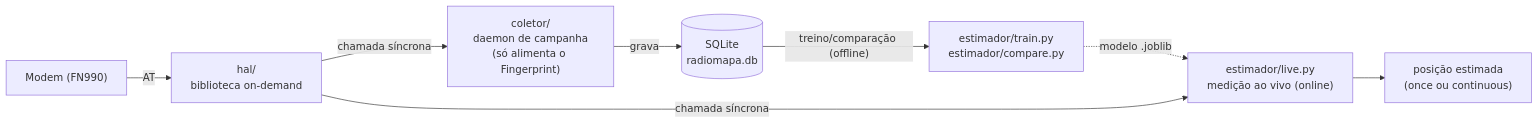
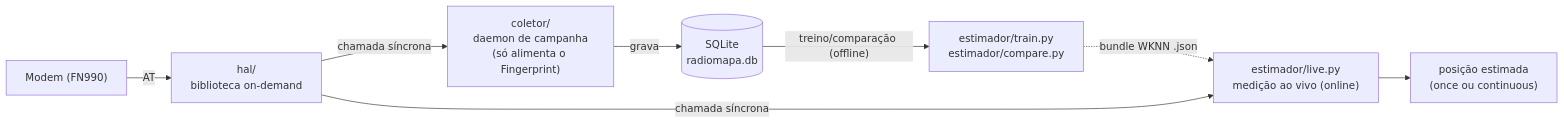
One commit to tedalmora/geoloc_estimator changed the diagram in README.md. Above: the diagram before and after it, drawn with Mermaid. The commit also changed other lines of this file and 11 other files, not shown here.

First line of the commit message:
Fase 5 (3/6): features por radio_key, plano ENU e WKNN em Python puro com bundle JSON

````diff
--- a/README.md
+++ b/README.md
@@ -36,10 +36,10 @@
 ```mermaid
 flowchart LR
     MODEM["Modem (FN990)"] -- "AT" --> HAL["hal/\nbiblioteca on-demand"]
     HAL -- "chamada síncrona" --> COL["coletor/\ndaemon de campanha\n(só alimenta o Fingerprint)"]
     COL -- "grava" --> DB[("SQLite\nradiomapa.db")]
     DB -- "treino/comparação (offline)" --> TREINO["estimador/train.py\nestimador/compare.py"]
-    TREINO -. "modelo .joblib" .-> LIVE
+    TREINO -. "bundle WKNN .json" .-> LIVE
     HAL -- "chamada síncrona" --> LIVE["estimador/live.py\nmedição ao vivo (online)"]
     LIVE --> POS["posição estimada\n(once ou continuous)"]
 ```
````
